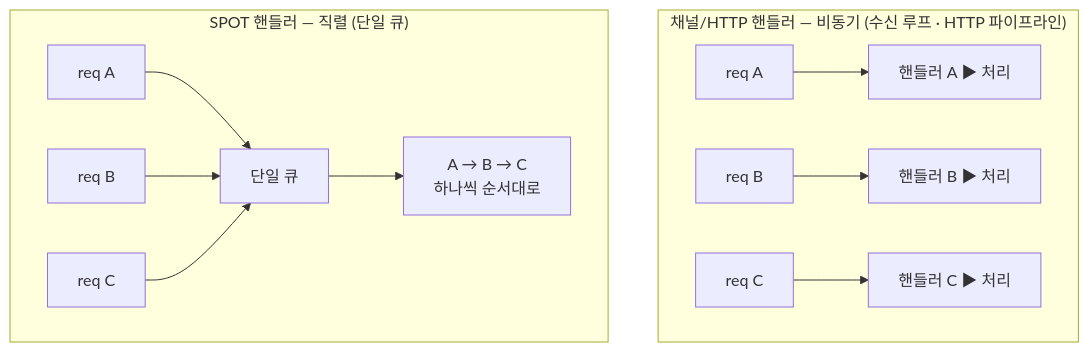
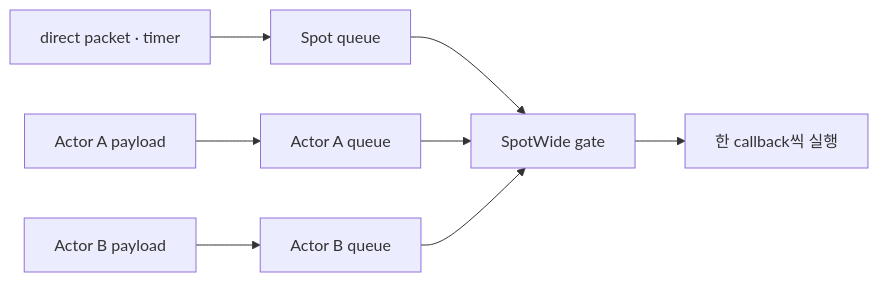
Before and after one commit to kairos-code-dev/zlink: the eighth of 10 diagrams in framework/doc/framework/dotnet/guide/03-concepts.ko.md, drawn with Mermaid. The commit also changed other lines of this file, not shown here.

````diff
--- a/framework/doc/framework/dotnet/guide/03-concepts.ko.md
+++ b/framework/doc/framework/dotnet/guide/03-concepts.ko.md
@@ -259,17 +393,11 @@
 ```mermaid
 %%{init: {'themeVariables': {'edgeLabelBackground':'transparent'}}}%%
-graph TB
-    subgraph N ["채널/HTTP 핸들러 — 비동기 (수신 루프 · HTTP 파이프라인)"]
-        direction LR
-        NR1["req A"] --> NW1["핸들러 A ▶ 처리"]
-        NR2["req B"] --> NW2["핸들러 B ▶ 처리"]
-        NR3["req C"] --> NW3["핸들러 C ▶ 처리"]
-    end
-    subgraph S ["SPOT 핸들러 — 직렬 (단일 큐)"]
-        direction LR
-        SR1["req A"] --> SQ["단일 큐"]
-        SR2["req B"] --> SQ
-        SR3["req C"] --> SQ
-        SQ --> SEX["A → B → C<br/>하나씩 순서대로"]
-    end
+graph LR
+    D["direct packet · timer"] --> SQ["Spot queue"]
+    A["Actor A payload"] --> AQ["Actor A queue"]
+    B["Actor B payload"] --> BQ["Actor B queue"]
+    SQ --> G["SpotWide gate"]
+    AQ --> G
+    BQ --> G
+    G --> H["한 callback씩 실행"]
 ```
````
